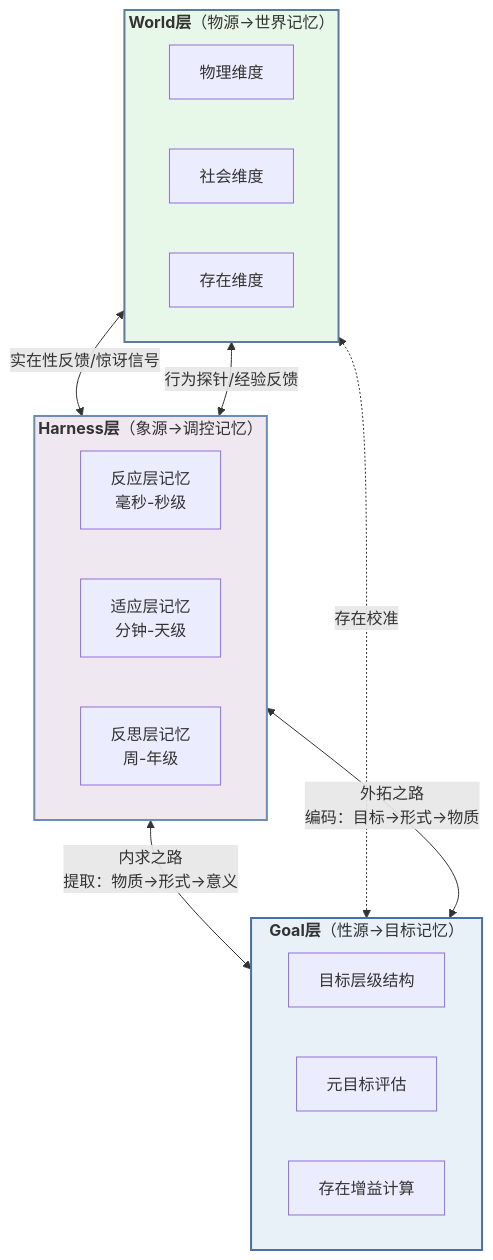
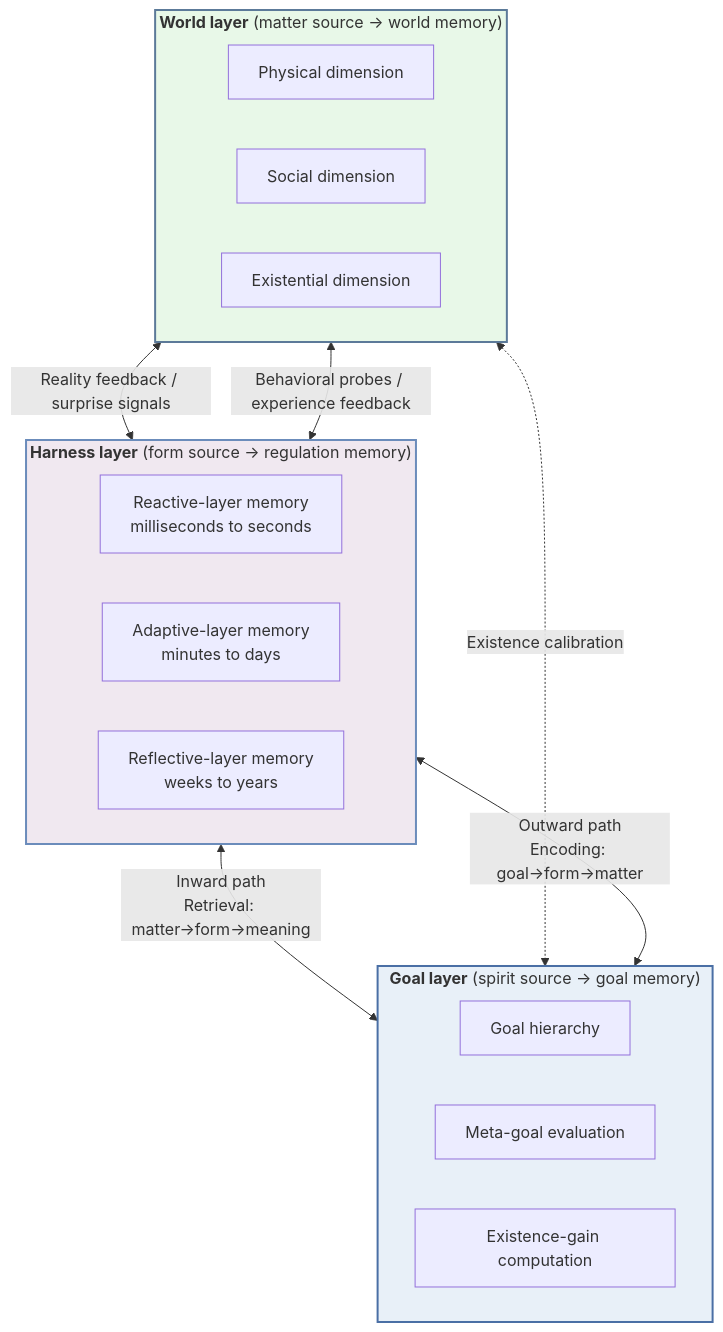
One commit to chy3xyz/mem3 changed the diagram in ghw_memory_system.agent.final.md. Above: the diagram before and after it, drawn with Mermaid. The commit also changed other lines of this file, not shown here.

Commit message:
docs(i18n): translate ghw_memory_system.agent.final.md to English

````diff
--- a/ghw_memory_system.agent.final.md
+++ b/ghw_memory_system.agent.final.md
@@ -246,30 +248,30 @@
 ```mermaid
 graph TB
-    subgraph Goal层["<b>Goal层</b>（性源→目标记忆）</b>"]
-        G1[目标层级结构]
-        G2[元目标评估]
-        G3[存在增益计算]
+    subgraph GoalLayer["<b>Goal layer</b> (spirit source → goal memory)</b>"]
+        G1[Goal hierarchy]
+        G2[Meta-goal evaluation]
+        G3[Existence-gain computation]
     end
     
-    subgraph Harness层["<b>Harness层</b>（象源→调控记忆）</b>"]
-        H1[反应层记忆<br/>毫秒-秒级]
-        H2[适应层记忆<br/>分钟-天级]
-        H3[反思层记忆<br/>周-年级]
+    subgraph HarnessLayer["<b>Harness layer</b> (form source → regulation memory)</b>"]
+        H1[Reactive-layer memory<br/>milliseconds to seconds]
+        H2[Adaptive-layer memory<br/>minutes to days]
+        H3[Reflective-layer memory<br/>weeks to years]
     end
     
-    subgraph World层["<b>World层</b>（物源→世界记忆）</b>"]
-        W1[物理维度]
-        W2[社会维度]
-        W3[存在维度]
+    subgraph WorldLayer["<b>World layer</b> (matter source → world memory)</b>"]
+        W1[Physical dimension]
+        W2[Social dimension]
+        W3[Existential dimension]
     end
     
-    Goal层 <-->|"外拓之路<br/>编码：目标→形式→物质"| Harness层
-    Harness层 <-->|"内求之路<br/>提取：物质→形式→意义"| Goal层
-    Harness层 <-->|行为探针/经验反馈| World层
-    World层 <-->|实在性反馈/惊讶信号| Harness层
-    World层 <-.->|存在校准| Goal层
+    GoalLayer <-->|"Outward path<br/>Encoding: goal→form→matter"| HarnessLayer
+    HarnessLayer <-->|"Inward path<br/>Retrieval: matter→form→meaning"| GoalLayer
+    HarnessLayer <-->|Behavioral probes / experience feedback| WorldLayer
+    WorldLayer <-->|Reality feedback / surprise signals| HarnessLayer
+    WorldLayer <-.->|Existence calibration| GoalLayer
     
-    style Goal层 fill:#e8f0f8,stroke:#4A6FA5,stroke-width:2px
-    style Harness层 fill:#f0e8f0,stroke:#6B8CBB,stroke-width:2px
-    style World层 fill:#e8f8e8,stroke:#5C7A99,stroke-width:2px
+    style GoalLayer fill:#e8f0f8,stroke:#4A6FA5,stroke-width:2px
+    style HarnessLayer fill:#f0e8f0,stroke:#6B8CBB,stroke-width:2px
+    style WorldLayer fill:#e8f8e8,stroke:#5C7A99,stroke-width:2px
 ```
````
